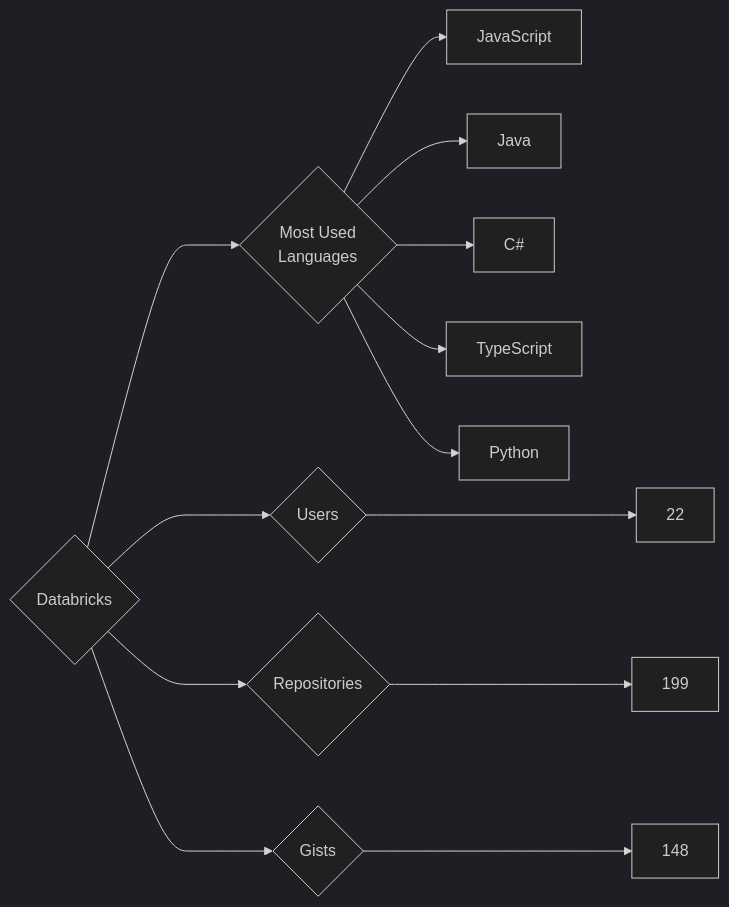
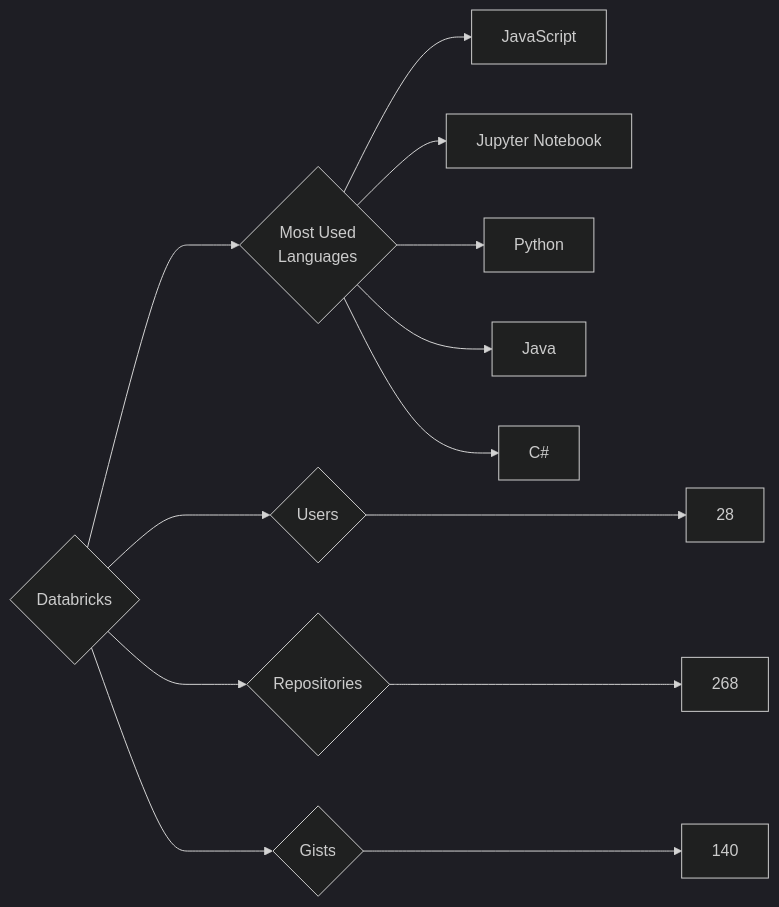
The diagram in targets/Databricks/README.md (trickest/insiders), drawn with Mermaid (dark theme) before and after one commit. The commit also changed 718 other files, not shown here.

````diff
--- a/targets/Databricks/README.md
+++ b/targets/Databricks/README.md
@@ -3,13 +3,13 @@
 ```mermaid
 graph LR
 COMPANY_NAME{Databricks}
-COMPANY_NAME ---> U{Users} ---> UN[22]
-COMPANY_NAME ---> R{Repositories} ---> RN[199]
-COMPANY_NAME ---> G{Gists} ---> GN[148]
+COMPANY_NAME ---> U{Users} ---> UN[28]
+COMPANY_NAME ---> R{Repositories} ---> RN[268]
+COMPANY_NAME ---> G{Gists} ---> GN[140]
 COMPANY_NAME ---> ML{Most Used<br>Languages}
 ML --> JavaScript[JavaScript]
+ML --> Jupyter_Notebook[Jupyter Notebook]
+ML --> Python[Python]
 ML --> Java[Java]
 ML --> C#[C#]
-ML --> TypeScript[TypeScript]
-ML --> Python[Python]
 ```
````
